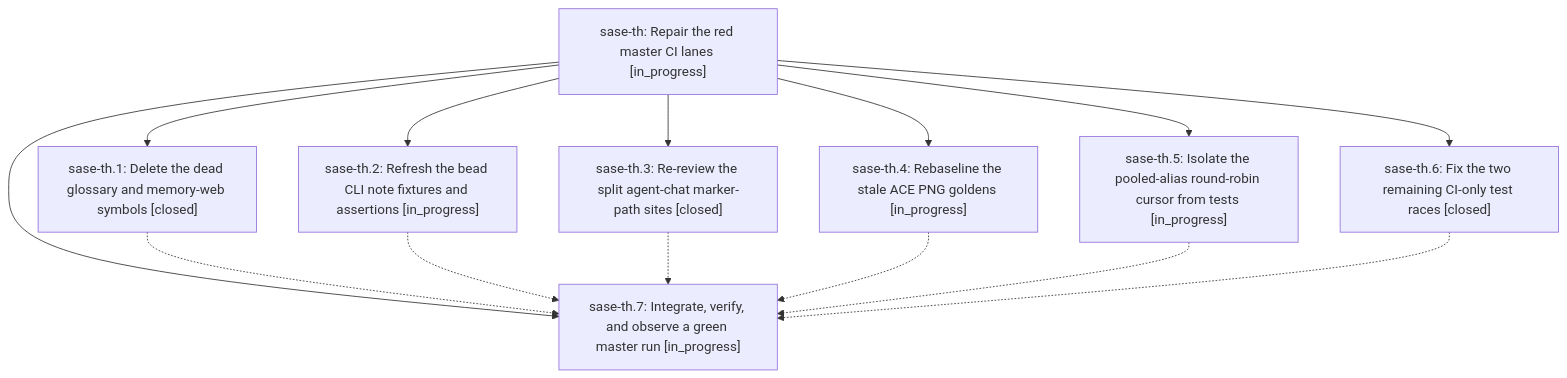
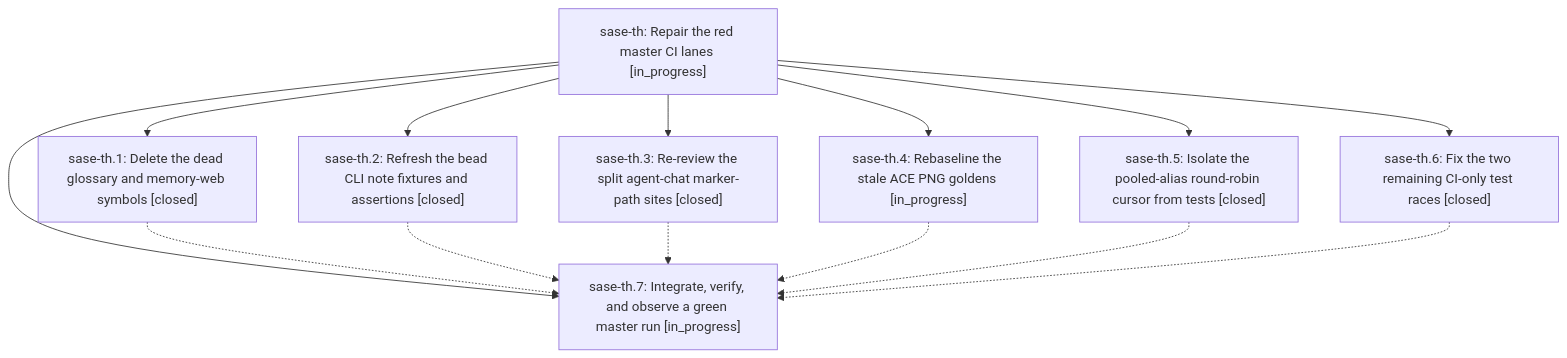
One commit to sase-org/sase--beads changed the diagram in pages/sase-th/README.md. Above: the diagram before and after it, drawn with Mermaid. The commit also changed other lines of this file and 3 other files, not shown here.

First line of the commit message:
chore(beads): sync bead state and pages for sase-th

````diff
--- a/pages/sase-th/README.md
+++ b/pages/sase-th/README.md
@@ -28,24 +28,24 @@
 ```mermaid
 flowchart TD
     n0["sase-th: Repair the red master CI lanes [in_progress]"]
     n1["sase-th.1: Delete the dead glossary and memory-web symbols [closed]"]
-    n2["sase-th.2: Refresh the bead CLI note fixtures and assertions [in_progress]"]
+    n2["sase-th.2: Refresh the bead CLI note fixtures and assertions [closed]"]
     n3["sase-th.3: Re-review the split agent-chat marker-path sites [closed]"]
     n4["sase-th.4: Rebaseline the stale ACE PNG goldens [in_progress]"]
-    n5["sase-th.5: Isolate the pooled-alias round-robin cursor from tests [in_progress]"]
+    n5["sase-th.5: Isolate the pooled-alias round-robin cursor from tests [closed]"]
     n6["sase-th.6: Fix the two remaining CI-only test races [closed]"]
     n7["sase-th.7: Integrate, verify, and observe a green master run [in_progress]"]
     n0 --> n1
     n0 --> n2
     n0 --> n3
     n0 --> n4
     n0 --> n5
     n0 --> n6
     n0 --> n7
     n1 -.-> n7
     n2 -.-> n7
     n3 -.-> n7
     n4 -.-> n7
     n5 -.-> n7
     n6 -.-> n7
 ```
````
